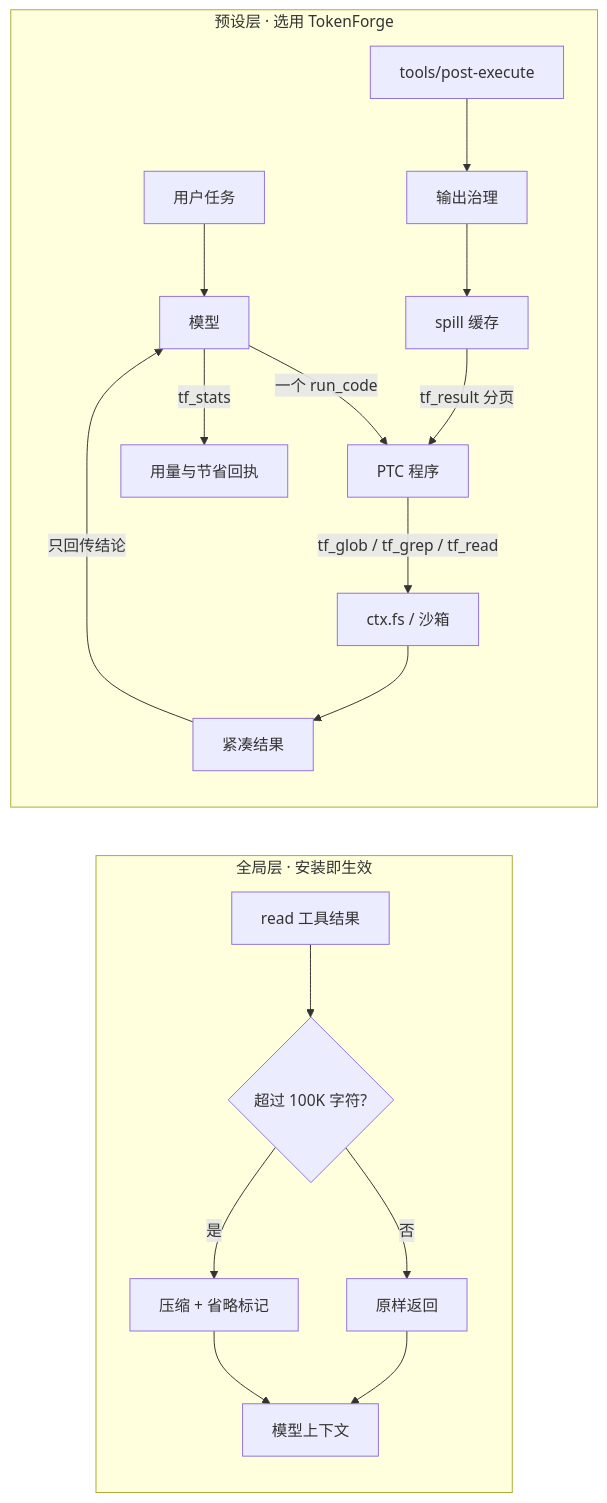
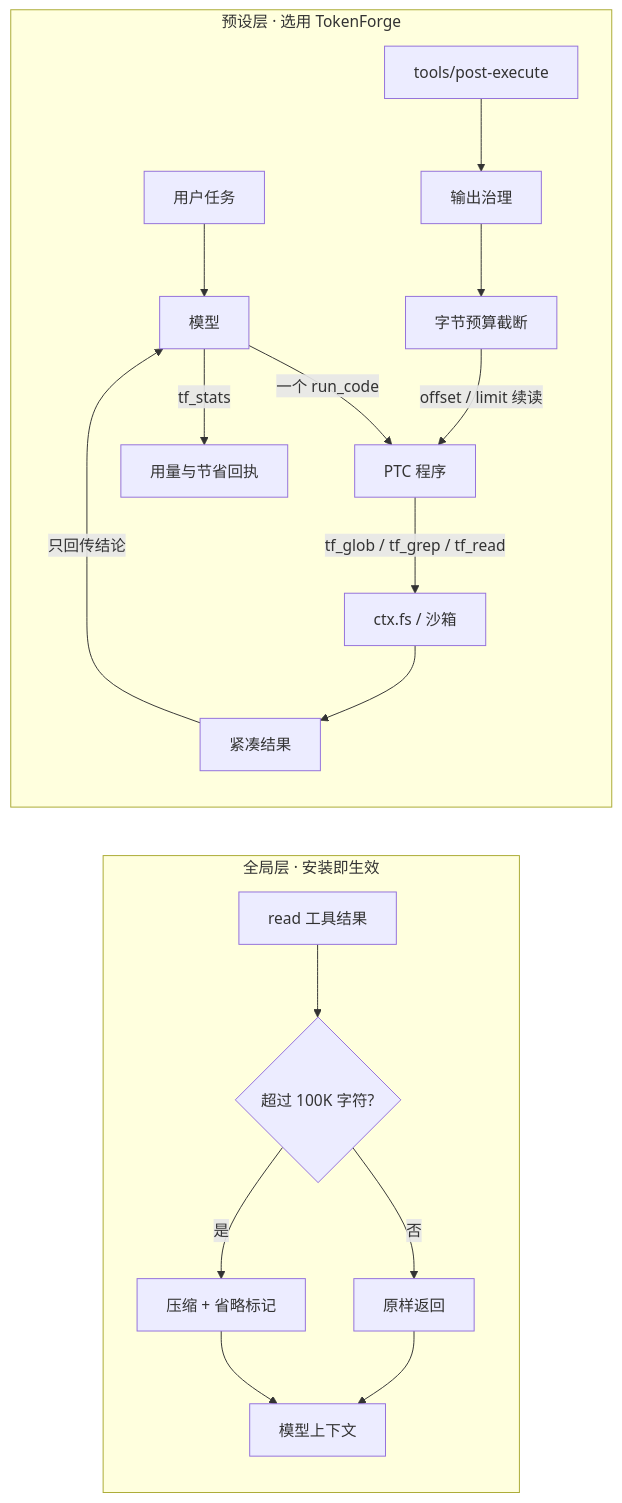
One commit to zfyzx2/dsh-tokenforge changed the diagram in README.md. Above: the diagram before and after it, drawn with Mermaid. The commit also changed other lines of this file, not shown here.

````diff
--- a/README.md
+++ b/README.md
@@ -39,21 +36,21 @@
 ```mermaid
 flowchart LR
   subgraph global[全局层 · 安装即生效]
     R0[read 工具结果] --> Q1{超过 100K 字符?}
     Q1 -->|否| PASS[原样返回]
     Q1 -->|是| C[压缩 + 省略标记]
     C --> CTX[模型上下文]
     PASS --> CTX
   end
   subgraph preset[预设层 · 选用 TokenForge]
     U[用户任务] --> M[模型]
     M -->|一个 run_code| P[PTC 程序]
     P -->|tf_glob / tf_grep / tf_read| FS[ctx.fs / 沙箱]
     FS --> CR[紧凑结果]
     CR -->|只回传结论| M
     T[tools/post-execute] --> O[输出治理]
-    O --> S[spill 缓存]
-    S -->|tf_result 分页| P
+    O --> TR[字节预算截断]
+    TR -->|offset / limit 续读| P
     M -->|tf_stats| Q2[用量与节省回执]
   end
 ```
````
